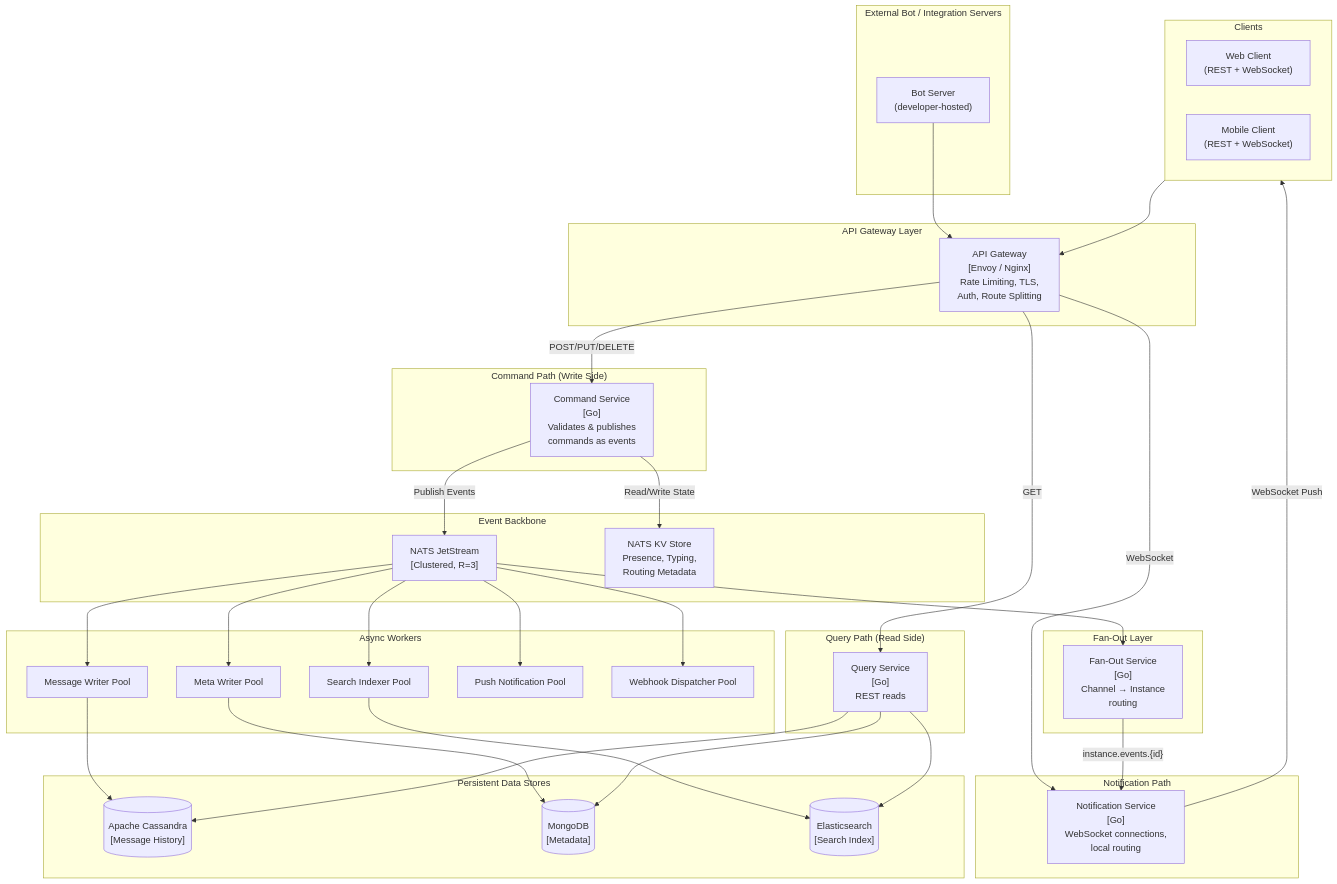
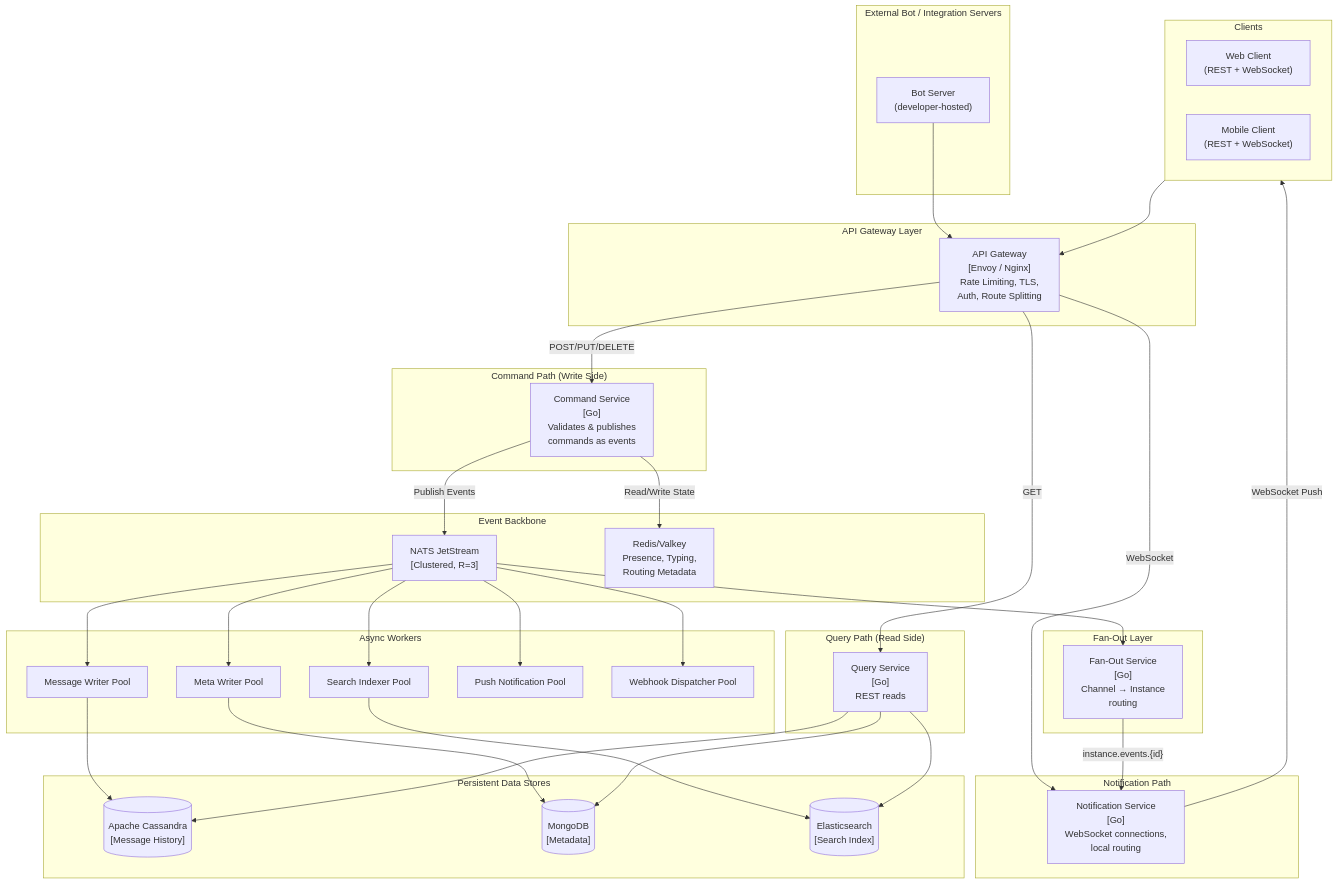
One commit to julianshen/chatconcept changed the diagram in docs/overview.md. Above: the diagram before and after it, drawn with Mermaid. The commit also changed other lines of this file and 14 other files, not shown here.

First line of the commit message:
docs: replace NATS KV with Redis/Valkey for ephemeral state

````diff
--- a/docs/overview.md
+++ b/docs/overview.md
@@ -164,78 +164,78 @@
 ```mermaid
 graph TB
     subgraph Clients["Clients"]
         WebClient["Web Client<br/>(REST + WebSocket)"]
         MobileClient["Mobile Client<br/>(REST + WebSocket)"]
     end
 
     subgraph ExternalBots["External Bot / Integration Servers"]
         BotServer["Bot Server<br/>(developer-hosted)"]
     end
 
     subgraph Gateway["API Gateway Layer"]
         GW["API Gateway<br/>[Envoy / Nginx]<br/>Rate Limiting, TLS,<br/>Auth, Route Splitting"]
     end
 
     subgraph CommandPath["Command Path (Write Side)"]
         CmdSvc["Command Service<br/>[Go]<br/>Validates & publishes<br/>commands as events"]
     end
 
     subgraph EventBus["Event Backbone"]
         NATS["NATS JetStream<br/>[Clustered, R=3]"]
-        NATSKV["NATS KV Store<br/>Presence, Typing,<br/>Routing Metadata"]
+        Redis["Redis/Valkey<br/>Presence, Typing,<br/>Routing Metadata"]
     end
 
     subgraph FanOut["Fan-Out Layer"]
         FanOutSvc["Fan-Out Service<br/>[Go]<br/>Channel → Instance<br/>routing"]
     end
 
     subgraph Workers["Async Workers"]
         MsgWriter["Message Writer Pool"]
         MetaWriter["Meta Writer Pool"]
         SearchIndexer["Search Indexer Pool"]
         PushWorker["Push Notification Pool"]
         WebhookWorker["Webhook Dispatcher Pool"]
     end
 
     subgraph QueryPath["Query Path (Read Side)"]
         QuerySvc["Query Service<br/>[Go]<br/>REST reads"]
     end
 
     subgraph NotificationPath["Notification Path"]
         NotifSvc["Notification Service<br/>[Go]<br/>WebSocket connections,<br/>local routing"]
     end
 
     subgraph DataStores["Persistent Data Stores"]
         Cassandra[("Apache Cassandra<br/>[Message History]")]
         MongoDB[("MongoDB<br/>[Metadata]")]
         Elastic[("Elasticsearch<br/>[Search Index]")]
     end
 
     Clients --> GW
     BotServer --> GW
     GW -->|"POST/PUT/DELETE"| CmdSvc
     GW -->|"GET"| QuerySvc
     GW -->|"WebSocket"| NotifSvc
 
     CmdSvc -->|"Publish Events"| NATS
-    CmdSvc -->|"Read/Write State"| NATSKV
+    CmdSvc -->|"Read/Write State"| Redis
 
     NATS --> FanOutSvc
     NATS --> MsgWriter
     NATS --> MetaWriter
     NATS --> SearchIndexer
     NATS --> PushWorker
     NATS --> WebhookWorker
 
     FanOutSvc -->|"instance.events.{id}"| NotifSvc
 
     MsgWriter --> Cassandra
     MetaWriter --> MongoDB
     SearchIndexer --> Elastic
 
     QuerySvc --> Cassandra
     QuerySvc --> MongoDB
     QuerySvc --> Elastic
 
     NotifSvc -->|"WebSocket Push"| Clients
 ```
````
